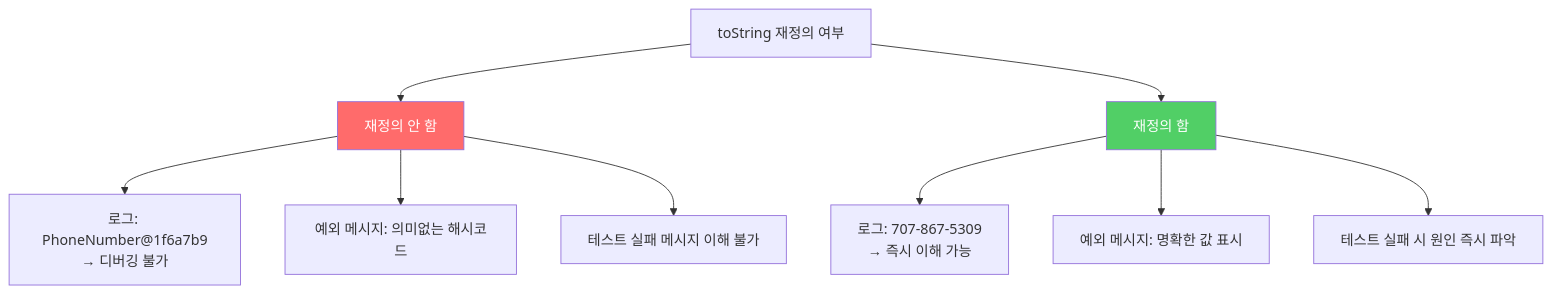
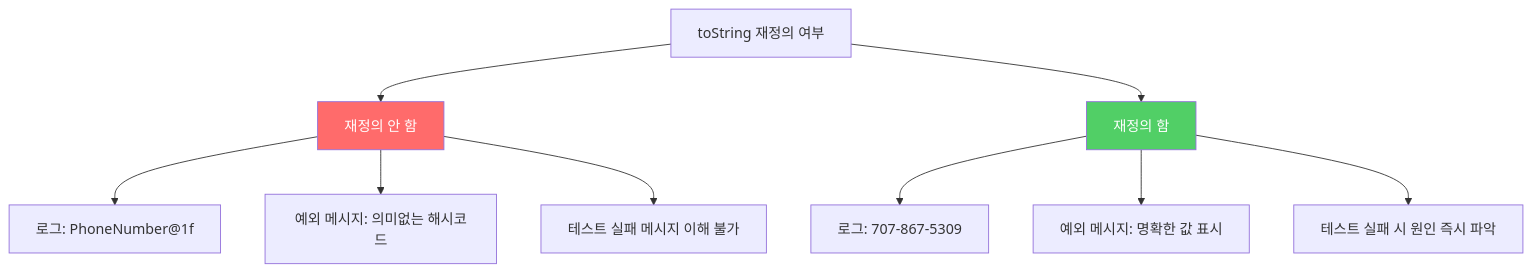
Before and after one commit to yjkim2015/yjkim2015.github.io: the diagram in _posts/java/2021-12-27-effective-java12.md, drawn with Mermaid. The commit also changed 271 other files, not shown here.

First line of the commit message:
Mermaid 라벨 축소: 긴 노드 텍스트 18자 이하로 트림 + \n 제거

````diff
--- a/_posts/java/2021-12-27-effective-java12.md
+++ b/_posts/java/2021-12-27-effective-java12.md
@@ -112,13 +112,13 @@
 ```mermaid
 graph TD
     A["toString 재정의 여부"] --> B["재정의 안 함"]
     A --> C["재정의 함"]
-    B --> B1["로그: PhoneNumber@1f6a7b9\n→ 디버깅 불가"]
+    B --> B1["로그: PhoneNumber@1f"]
     B --> B2["예외 메시지: 의미없는 해시코드"]
     B --> B3["테스트 실패 메시지 이해 불가"]
-    C --> C1["로그: 707-867-5309\n→ 즉시 이해 가능"]
+    C --> C1["로그: 707-867-5309\n"]
     C --> C2["예외 메시지: 명확한 값 표시"]
     C --> C3["테스트 실패 시 원인 즉시 파악"]
     style B fill:#ff6b6b,color:#fff
     style C fill:#51cf66,color:#fff
 ```
````
